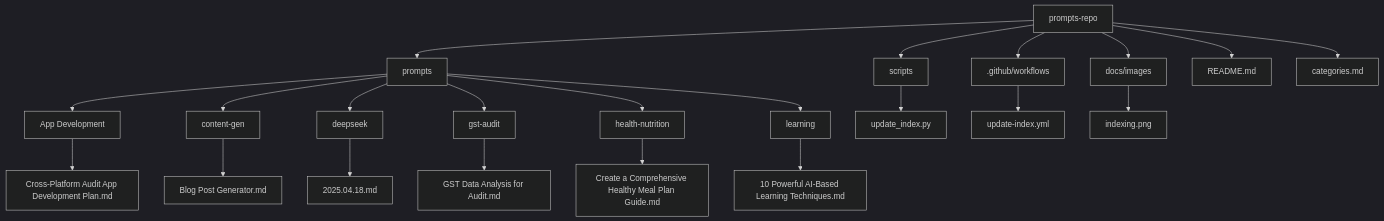
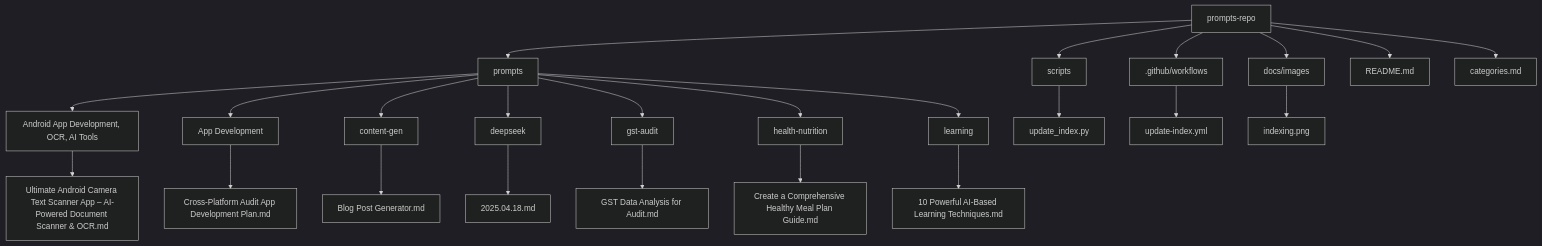
The diagram in README.md (phuchungbhutia/prompts-repo), drawn with Mermaid (dark theme) before and after one commit. The commit also changed other lines of this file and 2 other files, not shown here.

````diff
--- a/README.md
+++ b/README.md
@@ -13,24 +13,26 @@
 ```mermaid
 graph TD
     A[prompts-repo] --> B[prompts]
     A --> C[scripts]
     A --> D[.github/workflows]
     A --> E[docs/images]
-    B --> CAT1[App Development]
-    B --> CAT2[content-gen]
-    B --> CAT3[deepseek]
-    B --> CAT4[gst-audit]
-    B --> CAT5[health-nutrition]
-    B --> CAT6[learning]
-    CAT1[App Development] --> F11[Cross-Platform Audit App Development Plan.md]
-    CAT2[content-gen] --> F21[Blog Post Generator.md]
-    CAT3[deepseek] --> F31[2025.04.18.md]
-    CAT4[gst-audit] --> F41[GST Data Analysis for Audit.md]
-    CAT5[health-nutrition] --> F51[Create a Comprehensive Healthy Meal Plan Guide.md]
-    CAT6[learning] --> F61[10 Powerful AI-Based Learning Techniques.md]
+    B --> CAT1[Android App Development, OCR, AI Tools]
+    B --> CAT2[App Development]
+    B --> CAT3[content-gen]
+    B --> CAT4[deepseek]
+    B --> CAT5[gst-audit]
+    B --> CAT6[health-nutrition]
+    B --> CAT7[learning]
+    CAT1[Android App Development, OCR, AI Tools] --> F11[Ultimate Android Camera Text Scanner App – AI-Powered Document Scanner & OCR.md]
+    CAT2[App Development] --> F21[Cross-Platform Audit App Development Plan.md]
+    CAT3[content-gen] --> F31[Blog Post Generator.md]
+    CAT4[deepseek] --> F41[2025.04.18.md]
+    CAT5[gst-audit] --> F51[GST Data Analysis for Audit.md]
+    CAT6[health-nutrition] --> F61[Create a Comprehensive Healthy Meal Plan Guide.md]
+    CAT7[learning] --> F71[10 Powerful AI-Based Learning Techniques.md]
     C --> S[update_index.py]
     D --> W[update-index.yml]
     E --> I[indexing.png]
     A --> R[README.md]
     A --> T[categories.md]
 ```
````
